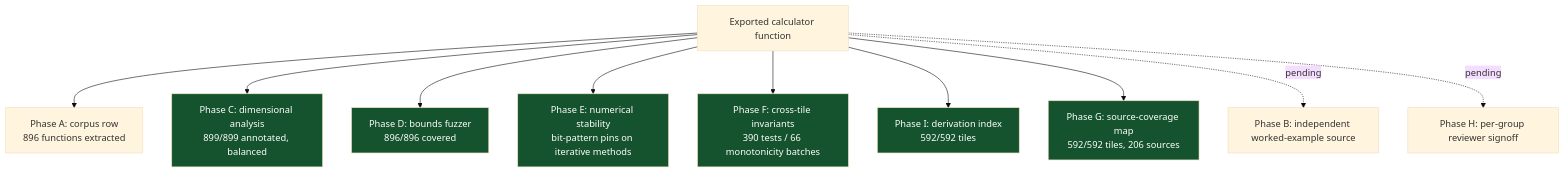
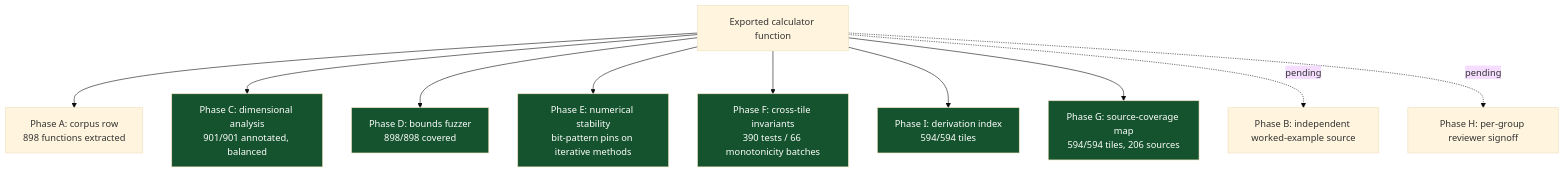
The sixth of 8 diagrams in README.md (clay-good/roughlogic.com), drawn with Mermaid (base theme) before and after one commit. The commit also changed other lines of this file and 16 other files, not shown here.

````diff
--- a/README.md
+++ b/README.md
@@ -386,18 +386,18 @@
 ```mermaid
 flowchart TB
-    F[Exported calculator function] --> A[Phase A: corpus row\n896 functions extracted]
-    F --> C[Phase C: dimensional analysis\n899/899 annotated, balanced]
-    F --> D[Phase D: bounds fuzzer\n896/896 covered]
+    F[Exported calculator function] --> A[Phase A: corpus row\n898 functions extracted]
+    F --> C[Phase C: dimensional analysis\n901/901 annotated, balanced]
+    F --> D[Phase D: bounds fuzzer\n898/898 covered]
     F --> E[Phase E: numerical stability\nbit-pattern pins on iterative methods]
     F --> Fa[Phase F: cross-tile invariants\n390 tests / 66 monotonicity batches]
-    F --> I[Phase I: derivation index\n592/592 tiles]
-    F --> G[Phase G: source-coverage map\n592/592 tiles, 206 sources]
+    F --> I[Phase I: derivation index\n594/594 tiles]
+    F --> G[Phase G: source-coverage map\n594/594 tiles, 206 sources]
     F -.pending.-> B[Phase B: independent worked-example source]
     F -.pending.-> H[Phase H: per-group reviewer signoff]
     style C fill:#14532d,color:#fff
     style D fill:#14532d,color:#fff
     style E fill:#14532d,color:#fff
     style Fa fill:#14532d,color:#fff
     style G fill:#14532d,color:#fff
     style I fill:#14532d,color:#fff
 ```
````
